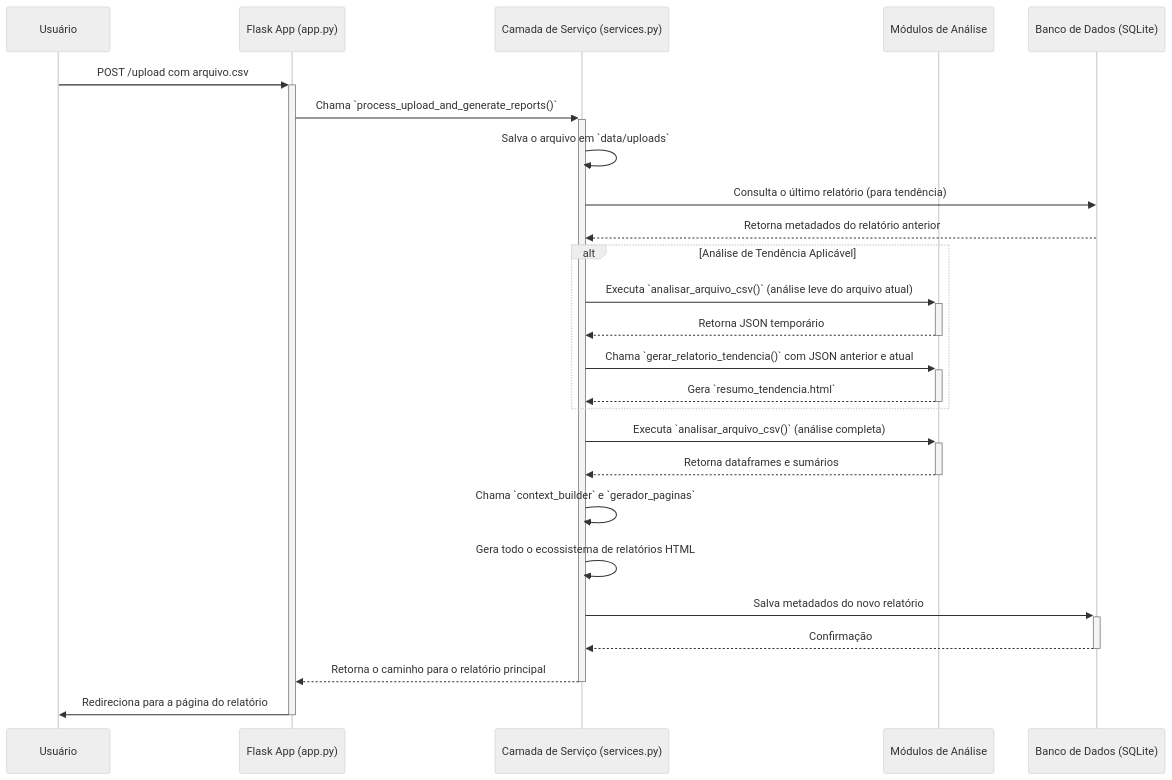
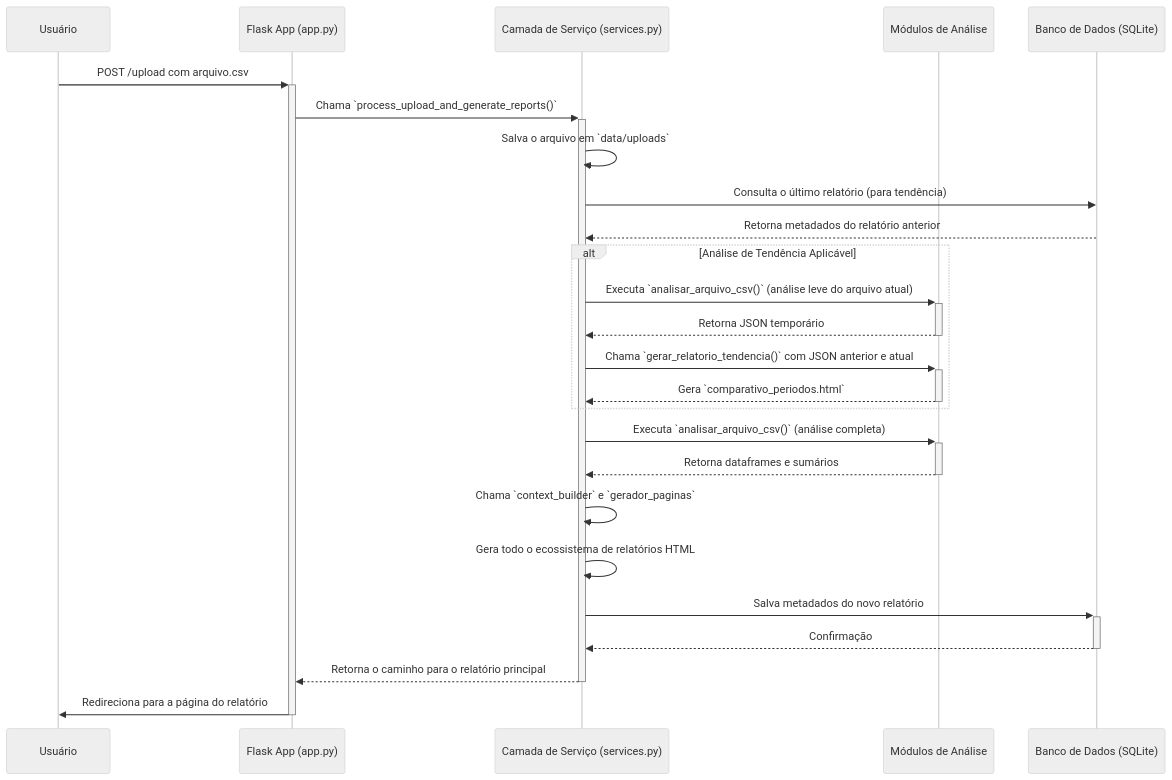
The second of 2 diagrams in ARCHITECTURE.md (leonardosete/meu-dash), drawn with Mermaid (neutral theme) before and after one commit. The commit also changed 17 other files, not shown here.

````diff
--- a/ARCHITECTURE.md
+++ b/ARCHITECTURE.md
@@ -75,32 +75,32 @@
 ```mermaid
 sequenceDiagram
     participant User as Usuário
     participant App as Flask App (app.py)
     participant Service as Camada de Serviço (services.py)
     participant Analysis as Módulos de Análise
     participant DB as Banco de Dados (SQLite)
 
     User->>+App: POST /upload com arquivo.csv
     App->>+Service: Chama `process_upload_and_generate_reports()`
     Service->>Service: Salva o arquivo em `data/uploads`
     Service->>DB: Consulta o último relatório (para tendência)
     DB-->>Service: Retorna metadados do relatório anterior
     
     alt Análise de Tendência Aplicável
         Service->>+Analysis: Executa `analisar_arquivo_csv()` (análise leve do arquivo atual)
         Analysis-->>-Service: Retorna JSON temporário
         Service->>+Analysis: Chama `gerar_relatorio_tendencia()` com JSON anterior e atual
-        Analysis-->>-Service: Gera `resumo_tendencia.html`
+        Analysis-->>-Service: Gera `comparativo_periodos.html`
     end
 
     Service->>+Analysis: Executa `analisar_arquivo_csv()` (análise completa)
     Analysis-->>-Service: Retorna dataframes e sumários
     Service->>Service: Chama `context_builder` e `gerador_paginas`
     Service->>Service: Gera todo o ecossistema de relatórios HTML
     
     Service->>+DB: Salva metadados do novo relatório
     DB-->>-Service: Confirmação
     
     Service-->>-App: Retorna o caminho para o relatório principal
     App->>-User: Redireciona para a página do relatório
 ```
````
